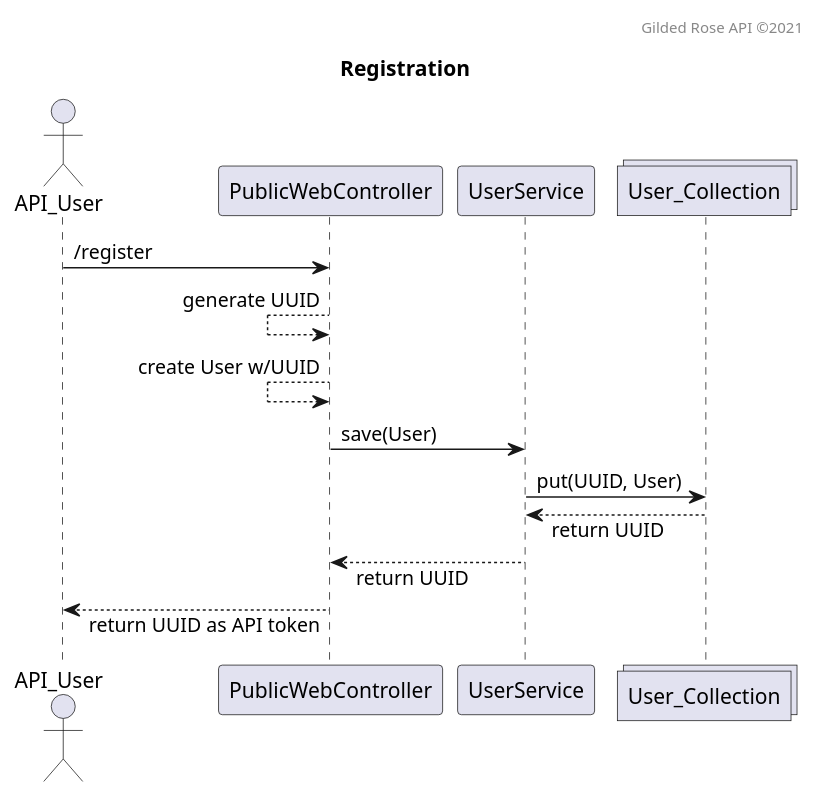
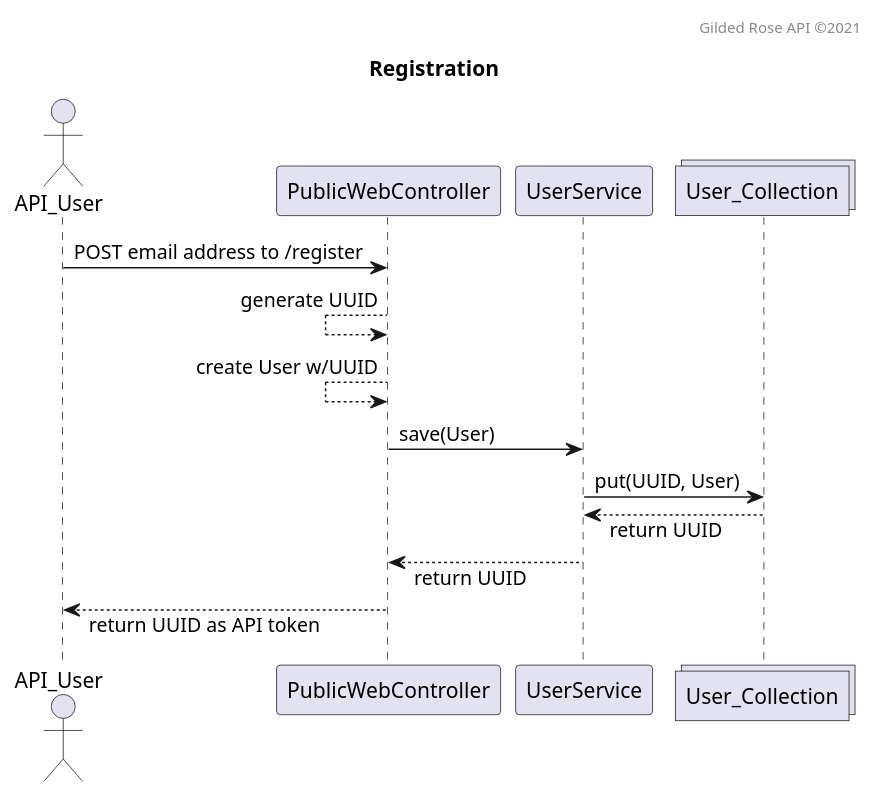
One commit to bladewheels/GildedRoseAPI changed the diagram in src/main/resources/seq.register.puml. Above: the diagram before and after it, drawn with PlantUML.

```diff
--- a/src/main/resources/seq.register.puml
+++ b/src/main/resources/seq.register.puml
@@ -1,19 +1,19 @@
 @startuml
 title Registration
 header Gilded Rose API ©2021
 skinparam responseMessageBelowArrow true
 
 actor API_User
 participant PublicWebController
 participant UserService
 collections User_Collection
 
-API_User -> PublicWebController : /register
+API_User -> PublicWebController : POST email address to /register
 PublicWebController <-- PublicWebController : generate UUID
 PublicWebController <-- PublicWebController : create User w/UUID
 PublicWebController -> UserService : save(User)
 UserService -> User_Collection : put(UUID, User)
 UserService <-- User_Collection : return UUID
 PublicWebController <-- UserService : return UUID
 API_User <-- PublicWebController : return UUID as API token
 @enduml
```
